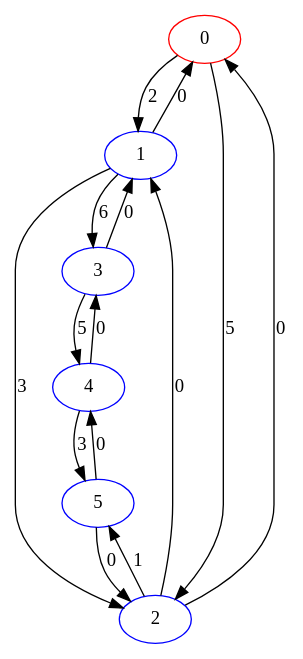
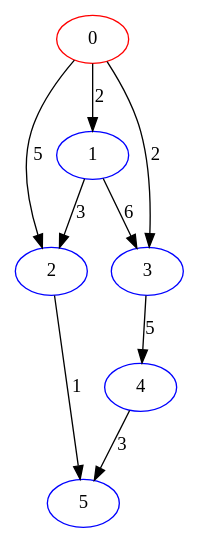
Before and after one commit to Erdahil/AiSD2-projekt: the diagram in Projekt/rysunek.dot, drawn with Graphviz. The commit also changed 3 other files, not shown here.

```diff
--- a/Projekt/rysunek.dot
+++ b/Projekt/rysunek.dot
@@ -1,22 +1,16 @@
 digraph G {
-    0 [pos="1,1!", label="0", color="red"];
-    1 [pos="2,-3!", label="1", color="blue"];
-    2 [pos="4,1!", label="2", color="blue"];
-    3 [pos="4,-1!", label="3", color="blue"];
-    4 [pos="6,1!", label="4", color="blue"];
-    5 [pos="6,-1!", label="5", color="blue"];
+    0 [pos="0,1!", label="0", color="red"];
+    1 [pos="0,-1!", label="1", color="blue"];
+    2 [pos="1,1!", label="2", color="blue"];
+    3 [pos="1,-1!", label="3", color="blue"];
+    4 [pos="3,1!", label="4", color="blue"];
+    5 [pos="3,-1!", label="5", color="blue"];
     0 -> 2 [label="5"];
     0 -> 1 [label="2"];
+    0 -> 3 [label="2"];
+    1 -> 3 [label="6"];
     1 -> 2 [label="3"];
-    1 -> 3 [label="6"];
-    1 -> 0 [label="0"];
     2 -> 5 [label="1"];
-    2 -> 0 [label="0"];
-    2 -> 1 [label="0"];
     3 -> 4 [label="5"];
-    3 -> 1 [label="0"];
     4 -> 5 [label="3"];
-    4 -> 3 [label="0"];
-    5 -> 2 [label="0"];
-    5 -> 4 [label="0"];
 }
```
